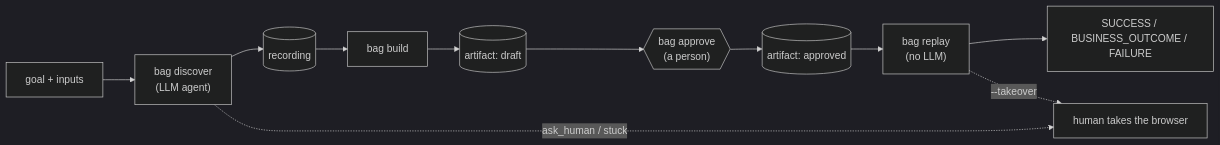
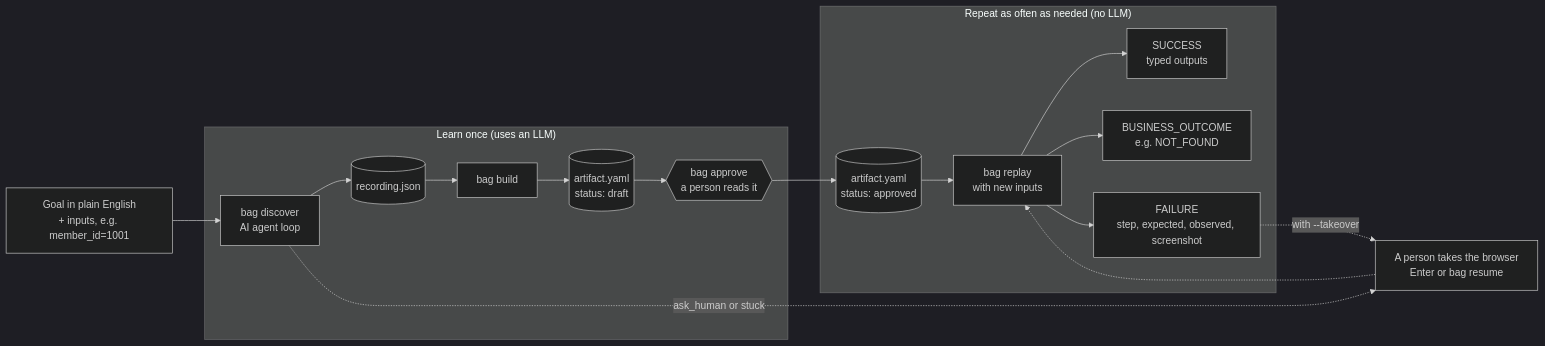
The first of 13 diagrams in README.md (atharvakulkarni22/bankautomategpt), drawn with Mermaid (dark theme) before and after one commit. The commit also changed other lines of this file and 58 other files, not shown here.

````diff
--- a/README.md
+++ b/README.md
@@ -7,13 +179,20 @@
 ```mermaid
 flowchart LR
-    goal["goal + inputs"] --> discover["bag discover<br/>(LLM agent)"]
-    discover --> rec[("recording")]
-    rec --> build["bag build"]
-    build --> draft[("artifact: draft")]
-    draft --> approve{{"bag approve<br/>(a person)"}}
-    approve --> approved[("artifact: approved")]
-    approved --> replay["bag replay<br/>(no LLM)"]
-    replay --> result["SUCCESS / BUSINESS_OUTCOME / FAILURE"]
-    replay -.->|"--takeover"| human["human takes the browser"]
-    discover -.->|"ask_human / stuck"| human
+    goal["Goal in plain English<br/>+ inputs, e.g. member_id=1001"] --> discover
+    subgraph learn["Learn once (uses an LLM)"]
+        discover["bag discover<br/>AI agent loop"] --> rec[("recording.json")]
+        rec --> build["bag build"]
+        build --> draft[("artifact.yaml<br/>status: draft")]
+        draft --> approve{{"bag approve<br/>a person reads it"}}
+    end
+    approve --> approved[("artifact.yaml<br/>status: approved")]
+    subgraph repeat["Repeat as often as needed (no LLM)"]
+        approved --> replay["bag replay<br/>with new inputs"]
+        replay --> ok["SUCCESS<br/>typed outputs"]
+        replay --> outcome["BUSINESS_OUTCOME<br/>e.g. NOT_FOUND"]
+        replay --> fail["FAILURE<br/>step, expected, observed, screenshot"]
+    end
+    fail -.->|"with --takeover"| human["A person takes the browser<br/>Enter or bag resume"]
+    discover -.->|"ask_human or stuck"| human
+    human -.-> replay
 ```
````
